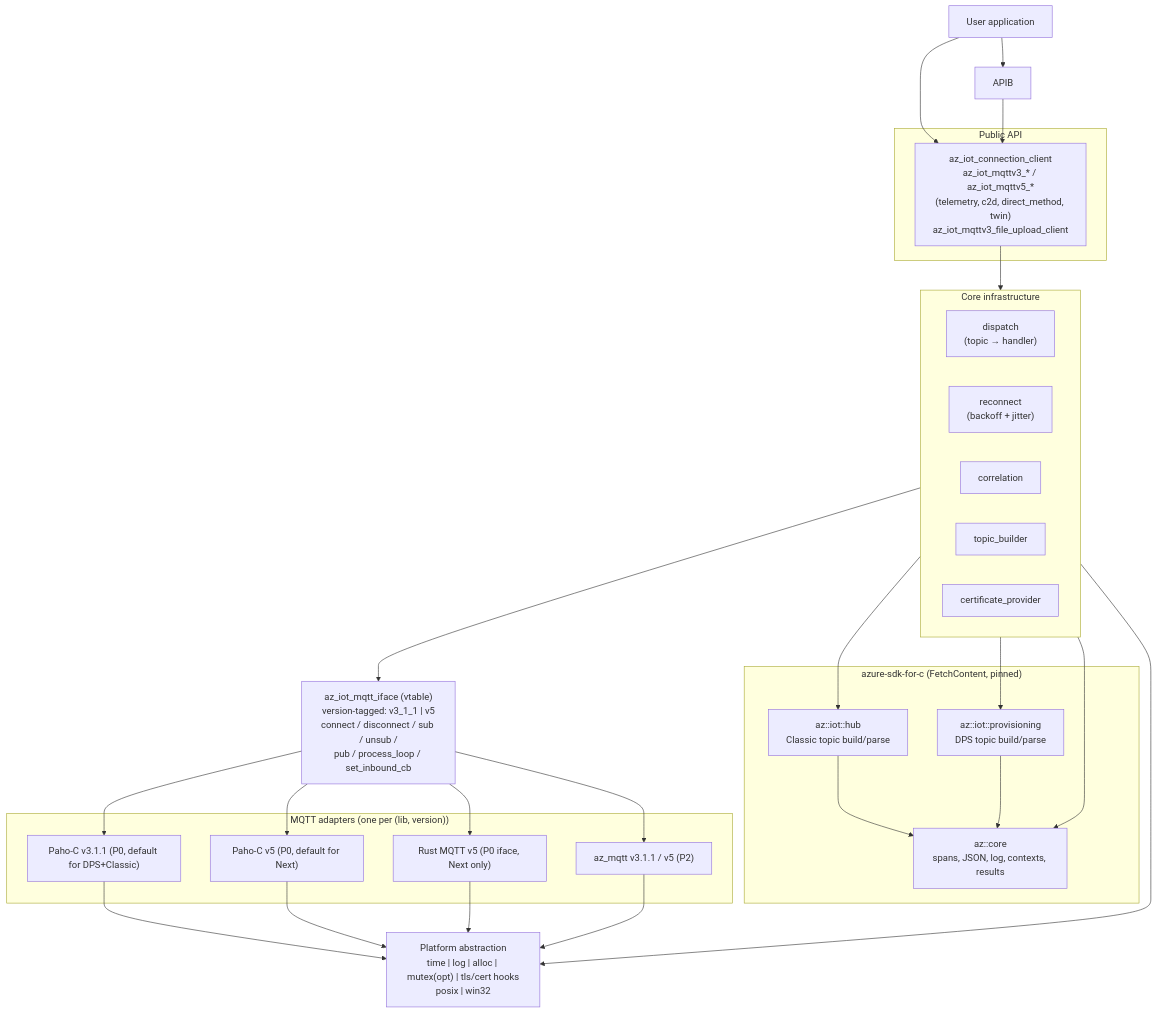
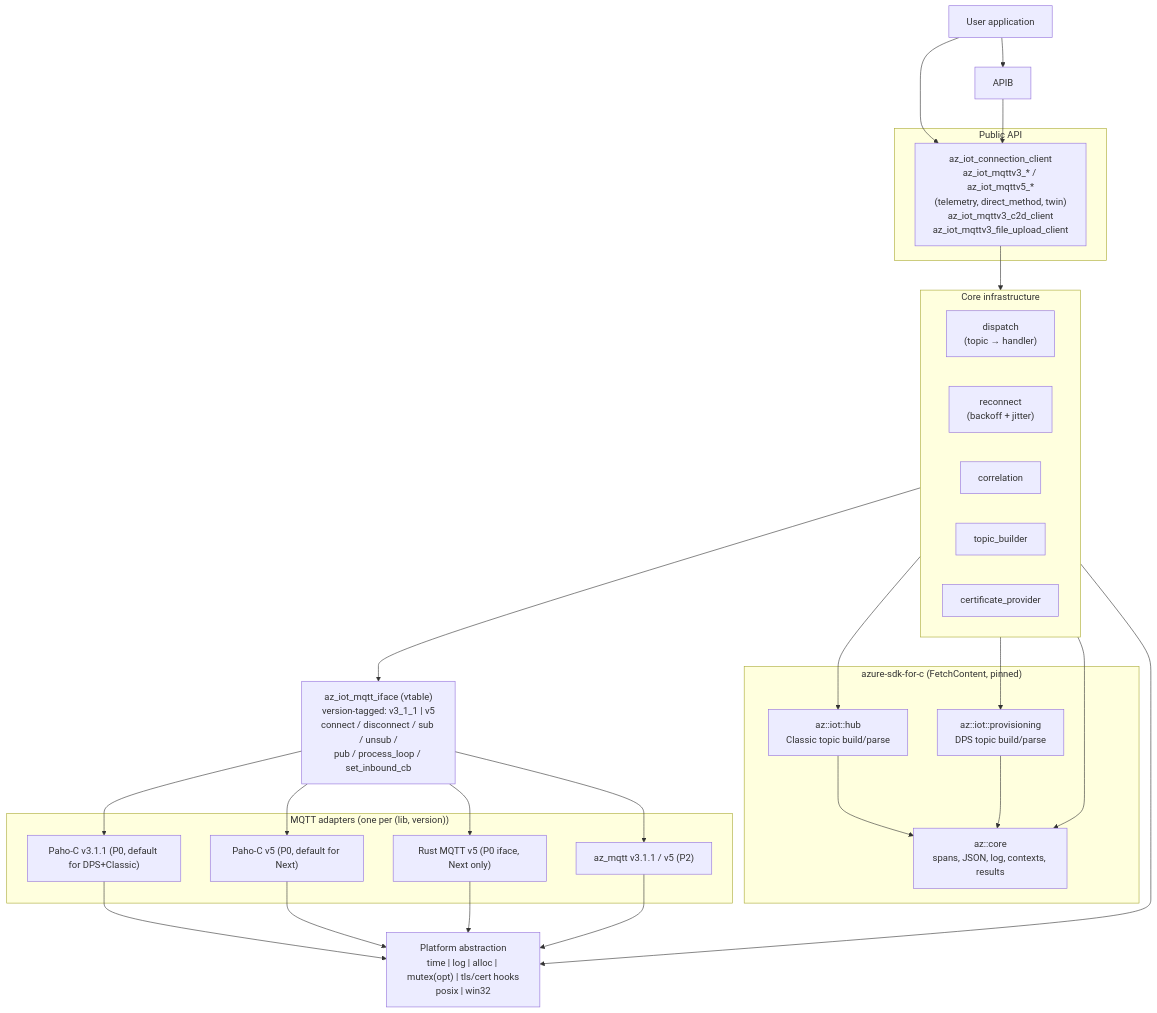
One commit to Azure/azure-iot-sdk changed the first of 4 diagrams in c/docs/design.md. Above: the diagram before and after it, drawn with Mermaid. The commit also changed 26 other files, not shown here.

````diff
--- a/c/docs/design.md
+++ b/c/docs/design.md
@@ -30,53 +30,53 @@
 ```mermaid
 flowchart TB
     APP["User application"]
 
     subgraph PUB["Public API"]
-        APIA["az_iot_connection_client<br/>az_iot_mqttv3_* / az_iot_mqttv5_*<br/>(telemetry, c2d, direct_method, twin)<br/>az_iot_mqttv3_file_upload_client"]
+        APIA["az_iot_connection_client<br/>az_iot_mqttv3_* / az_iot_mqttv5_*<br/>(telemetry, direct_method, twin)<br/>az_iot_mqttv3_c2d_client<br/>az_iot_mqttv3_file_upload_client"]
     end
 
     subgraph CORE["Core infrastructure"]
         DISPATCH["dispatch<br/>(topic → handler)"]
         RECONNECT["reconnect<br/>(backoff + jitter)"]
         CORR["correlation"]
         TOPIC["topic_builder"]
         CERT["certificate_provider"]
     end
 
     subgraph AZSDK["azure-sdk-for-c (FetchContent, pinned)"]
         AZCORE["az::core<br/>spans, JSON, log, contexts, results"]
         AZHUB["az::iot::hub<br/>Classic topic build/parse"]
         AZDPS["az::iot::provisioning<br/>DPS topic build/parse"]
     end
 
     IFACE["az_iot_mqtt_iface (vtable)<br/>version-tagged: v3_1_1 | v5<br/>connect / disconnect / sub / unsub /<br/>pub / process_loop / set_inbound_cb"]
 
     subgraph ADAPT["MQTT adapters (one per (lib, version))"]
         PAHO3["Paho-C v3.1.1 (P0, default for DPS+Classic)"]
         PAHO5["Paho-C v5 (P0, default for Next)"]
         RUST5["Rust MQTT v5 (P0 iface, Next only)"]
         AZMQTT["az_mqtt v3.1.1 / v5 (P2)"]
     end
 
     PLAT["Platform abstraction<br/>time | log | alloc | mutex(opt) | tls/cert hooks<br/>posix | win32"]
 
     APP --> APIB
     APP --> APIA
     APIB --> APIA
     APIA --> CORE
     CORE --> AZCORE
     CORE --> AZHUB
     CORE --> AZDPS
     AZHUB --> AZCORE
     AZDPS --> AZCORE
     CORE --> IFACE
     IFACE --> PAHO3
     IFACE --> PAHO5
     IFACE --> RUST5
     IFACE --> AZMQTT
     PAHO3 --> PLAT
     PAHO5 --> PLAT
     RUST5 --> PLAT
     AZMQTT --> PLAT
     CORE --> PLAT
 ```
````
